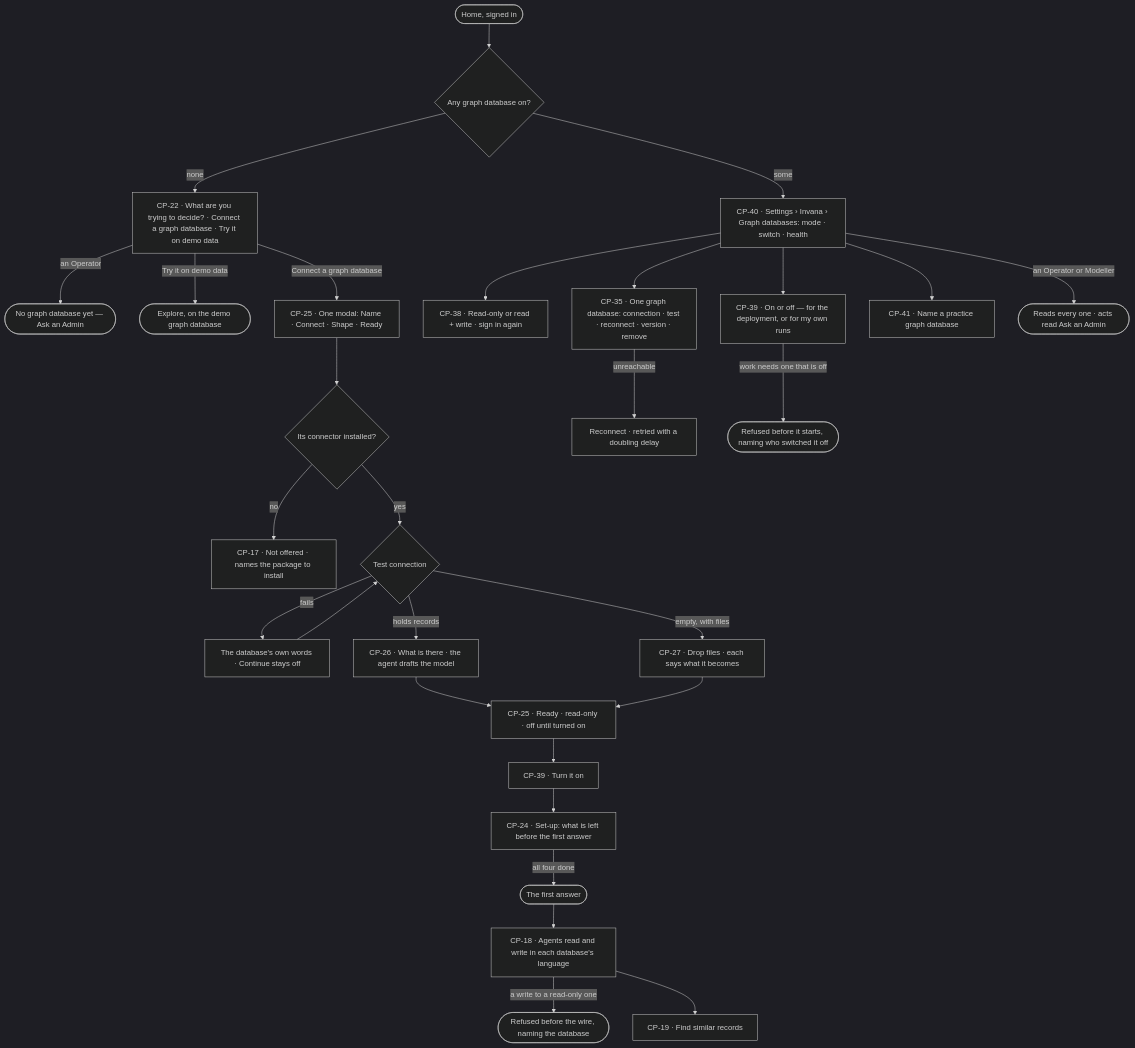
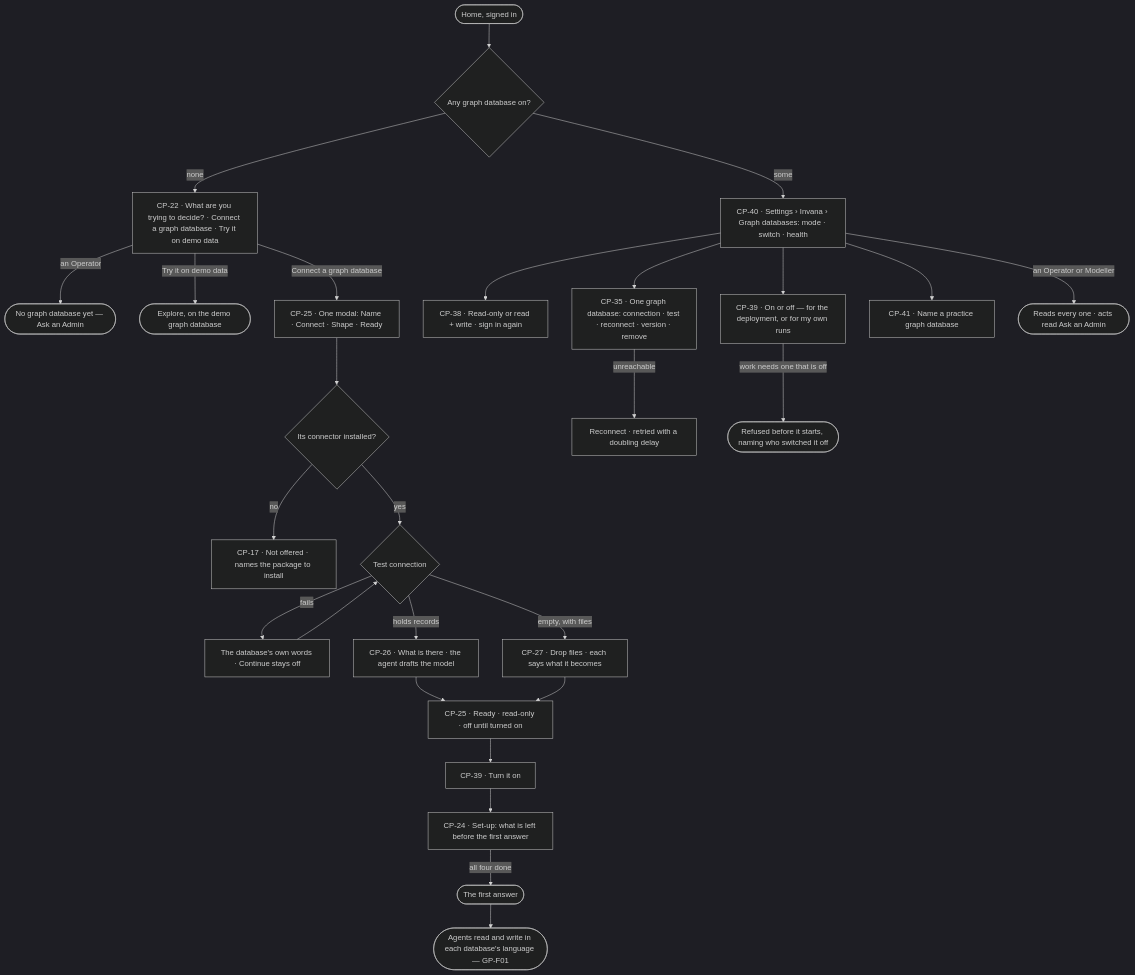
Before and after one commit to invana/invana: the first of 2 diagrams in specs/os/control/features/CP-F05-graph-databases/feature.md, drawn with Mermaid (dark theme). The commit also changed other lines of this file and 300 other files, not shown here.

````diff
--- a/specs/os/control/features/CP-F05-graph-databases/feature.md
+++ b/specs/os/control/features/CP-F05-graph-databases/feature.md
@@ -25,30 +26,28 @@
 ```mermaid
 flowchart TD
   h([Home, signed in]) --> f{"Any graph database on?"}
   f -->|none| q["CP-22 · What are you trying to decide? · Connect a graph database · Try it on demo data"]
   q -->|an Operator| qa(["No graph database yet — Ask an Admin"])
   q -->|Try it on demo data| dm(["Explore, on the demo graph database"])
   q -->|Connect a graph database| c["CP-25 · One modal: Name · Connect · Shape · Ready"]
   c --> pk{"Its connector installed?"}
   pk -->|no| pkn["CP-17 · Not offered · names the package to install"]
   pk -->|yes| t{"Test connection"}
   t -->|fails| tf["The database's own words · Continue stays off"] --> t
   t -->|holds records| hd["CP-26 · What is there · the agent drafts the model"]
   t -->|empty, with files| fl["CP-27 · Drop files · each says what it becomes"]
   hd --> rd["CP-25 · Ready · read-only · off until turned on"]
   fl --> rd
   rd --> on["CP-39 · Turn it on"]
   on --> su["CP-24 · Set-up: what is left before the first answer"]
   su -->|all four done| ans(["The first answer"])
   f -->|some| ls["CP-40 · Settings › Invana › Graph databases: mode · switch · health"]
   ls --> md["CP-38 · Read-only or read + write · sign in again"]
   ls --> sw["CP-39 · On or off — for the deployment, or for my own runs"]
   ls --> one["CP-35 · One graph database: connection · test · reconnect · version · remove"]
   one -->|unreachable| rc["Reconnect · retried with a doubling delay"]
   ls --> pr["CP-41 · Name a practice graph database"]
   ls -->|an Operator or Modeller| ro(["Reads every one · acts read Ask an Admin"])
   sw -->|work needs one that is off| off(["Refused before it starts, naming who switched it off"])
-  ans --> rw["CP-18 · Agents read and write in each database's language"]
-  rw -->|a write to a read-only one| rwr(["Refused before the wire, naming the database"])
-  rw --> vs["CP-19 · Find similar records"]
+  ans --> rw(["Agents read and write in each database's language — GP-F01"])
 ```
````
